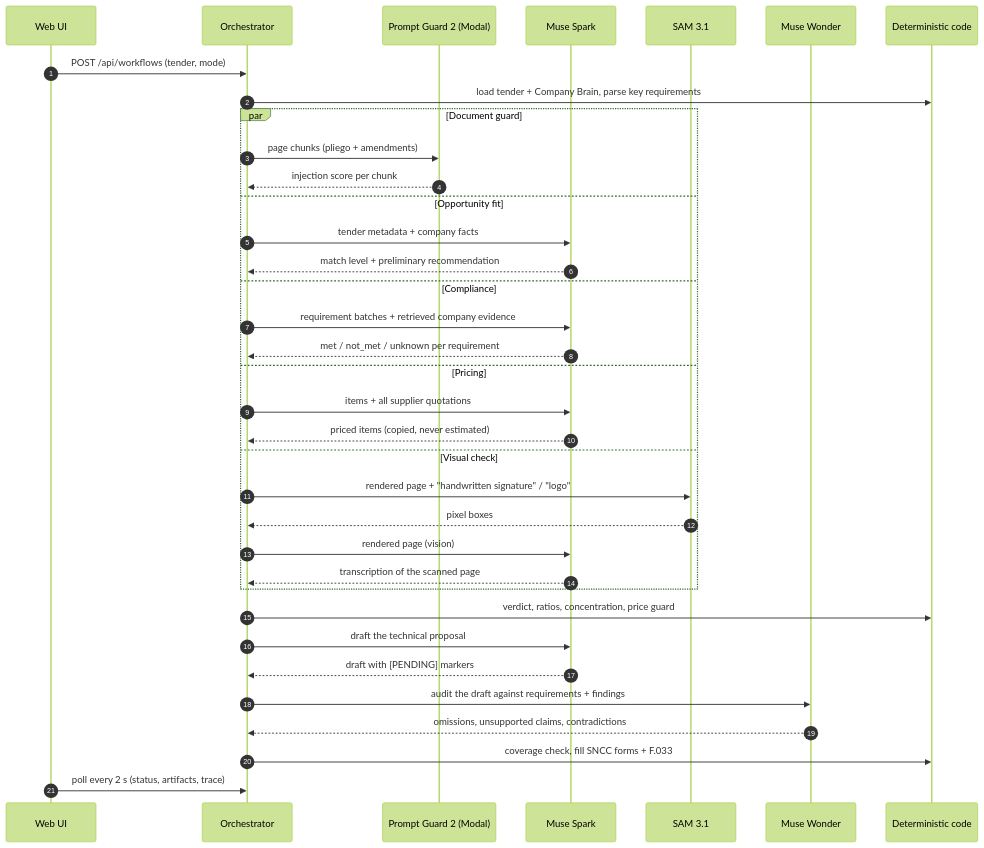
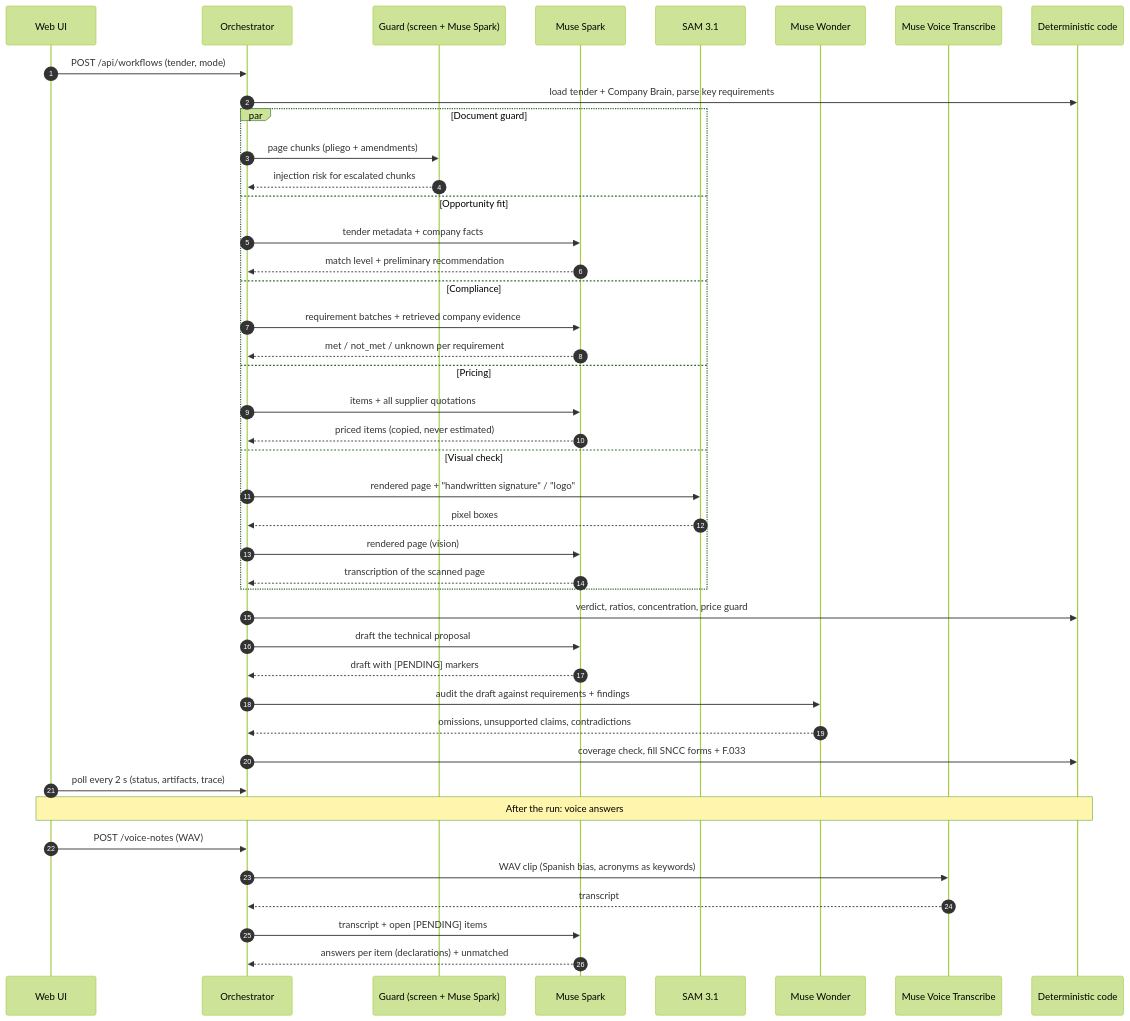
One commit to aneudysamparo/Postor-MetaAI-Hackathon changed the diagram in META-MODELS.md. Above: the diagram before and after it, drawn with Mermaid (forest theme). The commit also changed other lines of this file and 4 other files, not shown here.

First line of the commit message:
docs: guard on Muse Spark, Muse Voice Transcribe, case B reasoning, disclosures

````diff
--- a/META-MODELS.md
+++ b/META-MODELS.md
@@ -18,39 +18,46 @@
 ```mermaid
 sequenceDiagram
   autonumber
   participant UI as Web UI
   participant O as Orchestrator
-  participant G as Prompt Guard 2 (Modal)
+  participant G as Guard (screen + Muse Spark)
   participant S as Muse Spark
   participant SAM as SAM 3.1
   participant W as Muse Wonder
+  participant VT as Muse Voice Transcribe
   participant C as Deterministic code
 
   UI->>O: POST /api/workflows (tender, mode)
   O->>C: load tender + Company Brain, parse key requirements
   par Document guard
     O->>G: page chunks (pliego + amendments)
-    G-->>O: injection score per chunk
+    G-->>O: injection risk for escalated chunks
   and Opportunity fit
     O->>S: tender metadata + company facts
     S-->>O: match level + preliminary recommendation
   and Compliance
     O->>S: requirement batches + retrieved company evidence
     S-->>O: met / not_met / unknown per requirement
   and Pricing
     O->>S: items + all supplier quotations
     S-->>O: priced items (copied, never estimated)
   and Visual check
     O->>SAM: rendered page + "handwritten signature" / "logo"
     SAM-->>O: pixel boxes
     O->>S: rendered page (vision)
     S-->>O: transcription of the scanned page
   end
   O->>C: verdict, ratios, concentration, price guard
   O->>S: draft the technical proposal
   S-->>O: draft with [PENDING] markers
   O->>W: audit the draft against requirements + findings
   W-->>O: omissions, unsupported claims, contradictions
   O->>C: coverage check, fill SNCC forms + F.033
   UI->>O: poll every 2 s (status, artifacts, trace)
+  Note over UI,C: After the run: voice answers
+  UI->>O: POST /voice-notes (WAV)
+  O->>VT: WAV clip (Spanish bias, acronyms as keywords)
+  VT-->>O: transcript
+  O->>S: transcript + open [PENDING] items
+  S-->>O: answers per item (declarations) + unmatched
 ```
````
